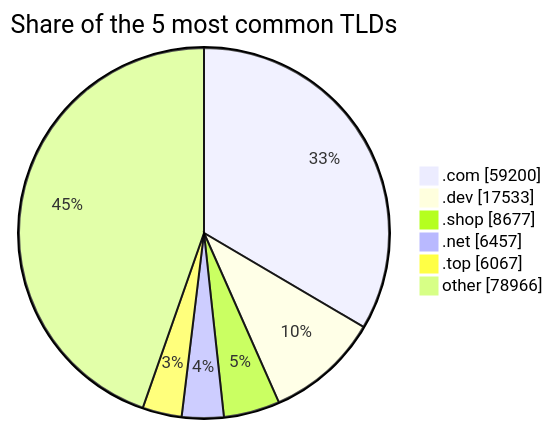
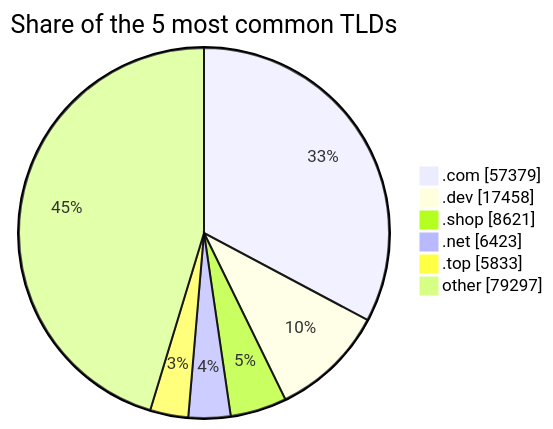
One commit to DNSBunker/CTI changed the third of 3 diagrams in README.md. Above: the diagram before and after it, drawn with Mermaid. The commit also changed other lines of this file and 3 other files, not shown here.

````diff
--- a/README.md
+++ b/README.md
@@ -81,9 +81,9 @@
 ```mermaid
 pie showData title Share of the 5 most common TLDs
-    ".com" : 59200
-    ".dev" : 17533
-    ".shop" : 8677
-    ".net" : 6457
-    ".top" : 6067
-    "other" : 78966
+    ".com" : 57379
+    ".dev" : 17458
+    ".shop" : 8621
+    ".net" : 6423
+    ".top" : 5833
+    "other" : 79297
 ```
````
